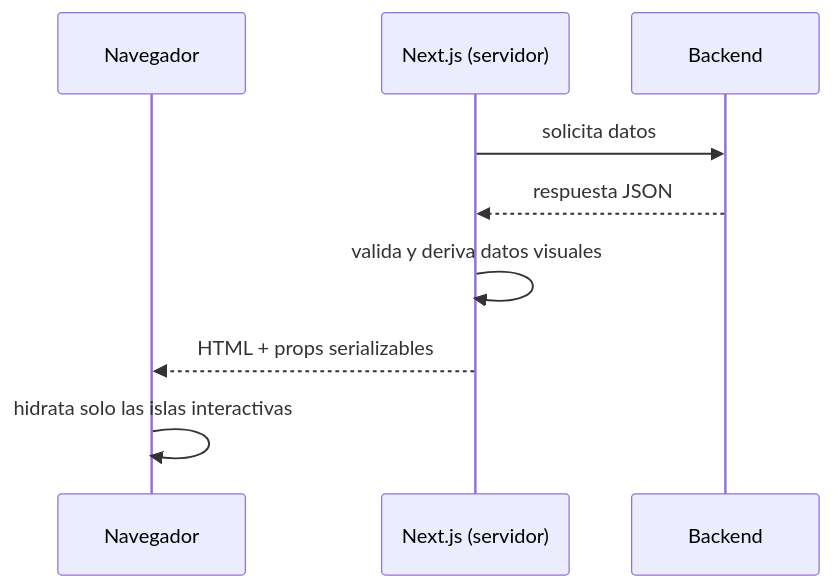
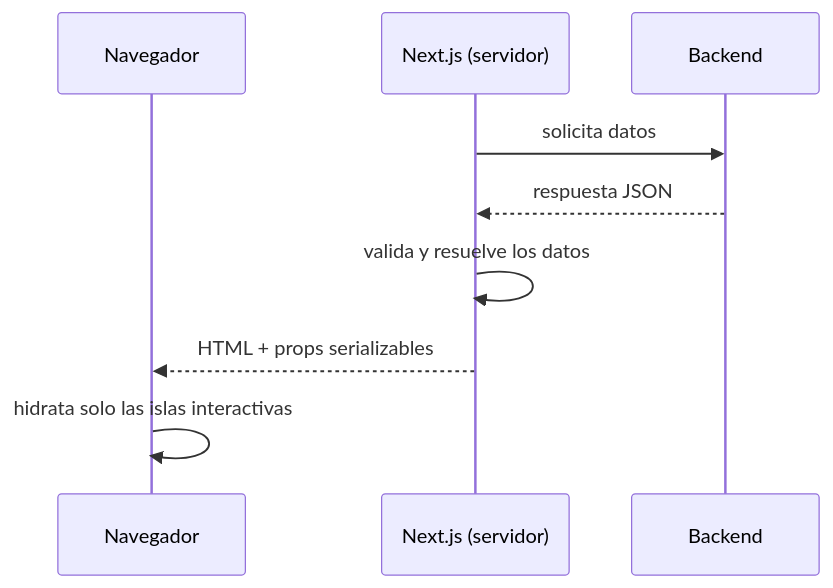
One commit to devmauriciopineda/careme changed the second of 3 diagrams in docs/concepts/02-frontend-renderizado-y-comunicacion.md. Above: the diagram before and after it, drawn with Mermaid. The commit also changed other lines of this file and 51 other files, not shown here.

````diff
--- a/docs/concepts/02-frontend-renderizado-y-comunicacion.md
+++ b/docs/concepts/02-frontend-renderizado-y-comunicacion.md
@@ -305,11 +305,11 @@
 ```mermaid
 sequenceDiagram
     participant B as Navegador
     participant S as Next.js (servidor)
     participant API as Backend
     S->>API: solicita datos
     API-->>S: respuesta JSON
-    S->>S: valida y deriva datos visuales
+    S->>S: valida y resuelve los datos
     S-->>B: HTML + props serializables
     B->>B: hidrata solo las islas interactivas
 ```
````
